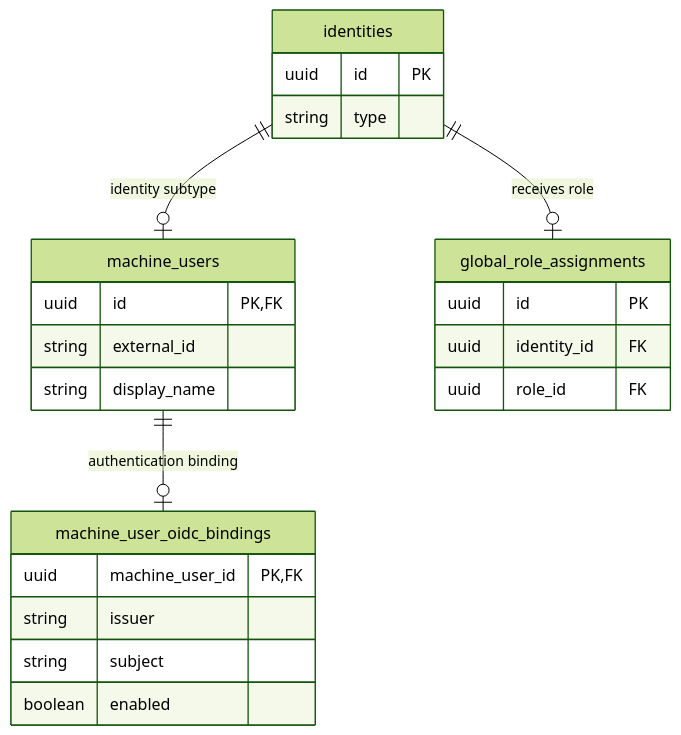
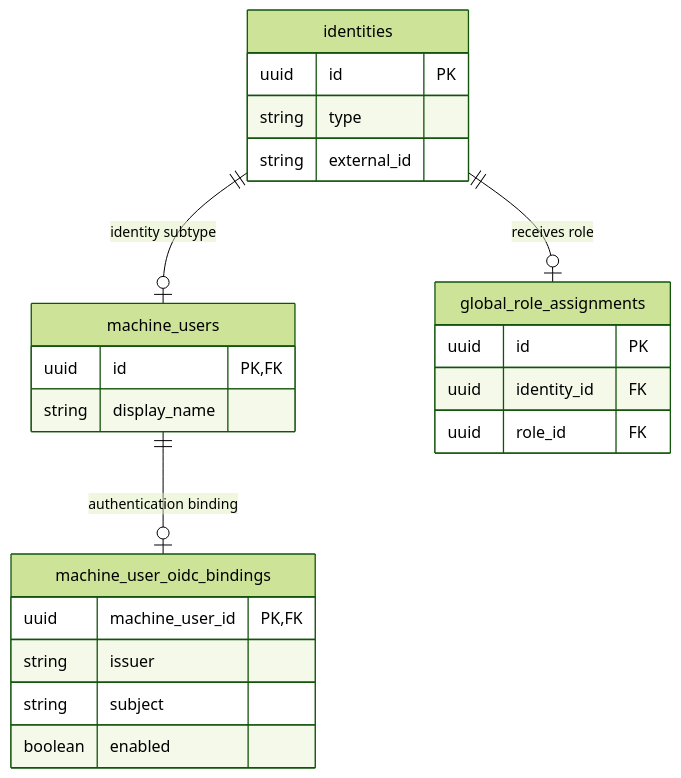
Before and after one commit to conveyordata/data-product-portal: the second of 2 diagrams in docs/adr/0026-machine-users-api-auth.md, drawn with Mermaid (forest theme). The commit also changed other lines of this file, not shown here.

Commit message:
correct diagram

````diff
--- a/docs/adr/0026-machine-users-api-auth.md
+++ b/docs/adr/0026-machine-users-api-auth.md
@@ -97,30 +97,30 @@
 ```mermaid
 erDiagram
     identities {
         uuid id PK
         string type
+        string external_id
     }
 
     machine_users {
         uuid id PK, FK
-        string external_id
         string display_name
     }
 
     machine_user_oidc_bindings {
         uuid machine_user_id PK, FK
         string issuer
         string subject
         boolean enabled
     }
 
     global_role_assignments {
         uuid id PK
         uuid identity_id FK
         uuid role_id FK
     }
 
     identities ||--o| machine_users : "identity subtype"
     machine_users ||--o| machine_user_oidc_bindings : "authentication binding"
     identities ||--o| global_role_assignments : "receives role"
 ```
````
